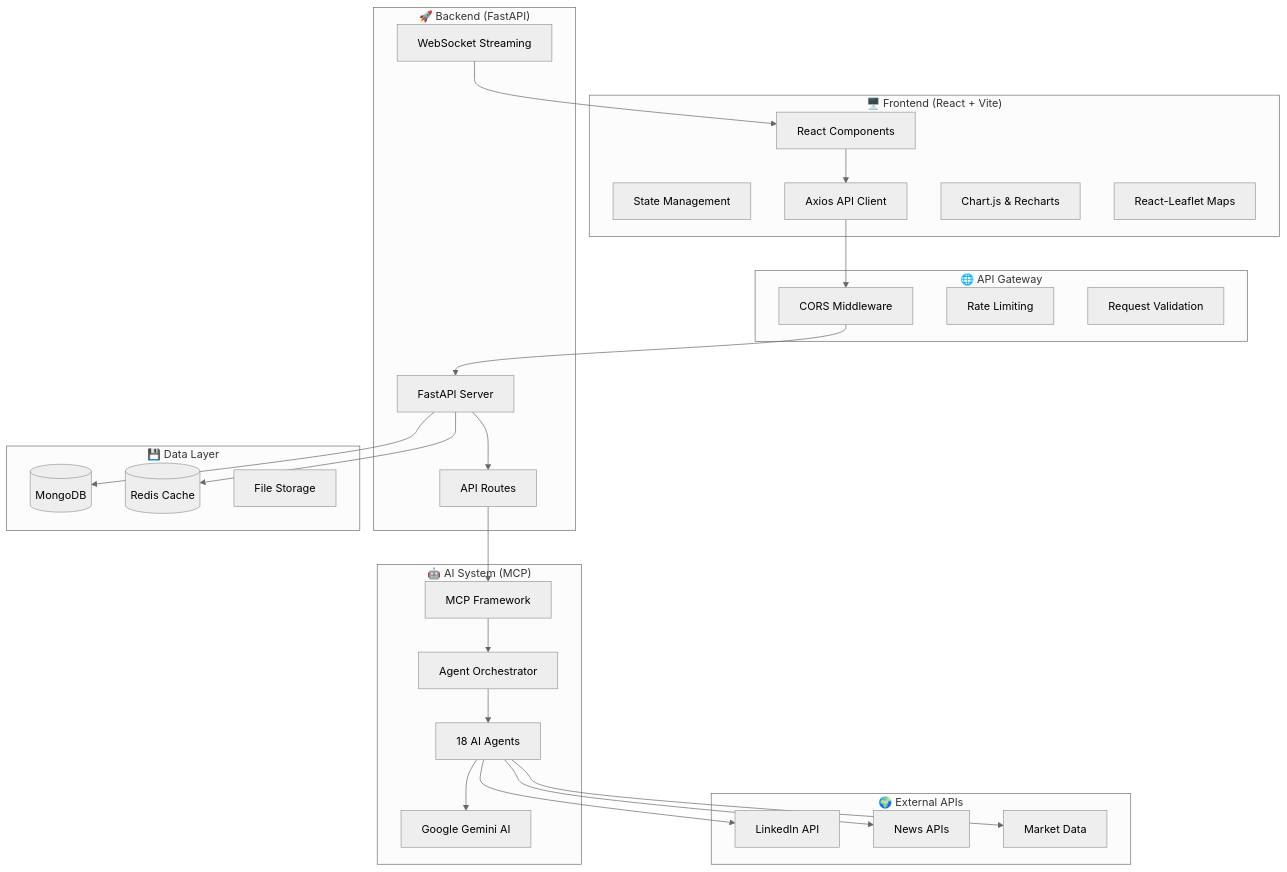
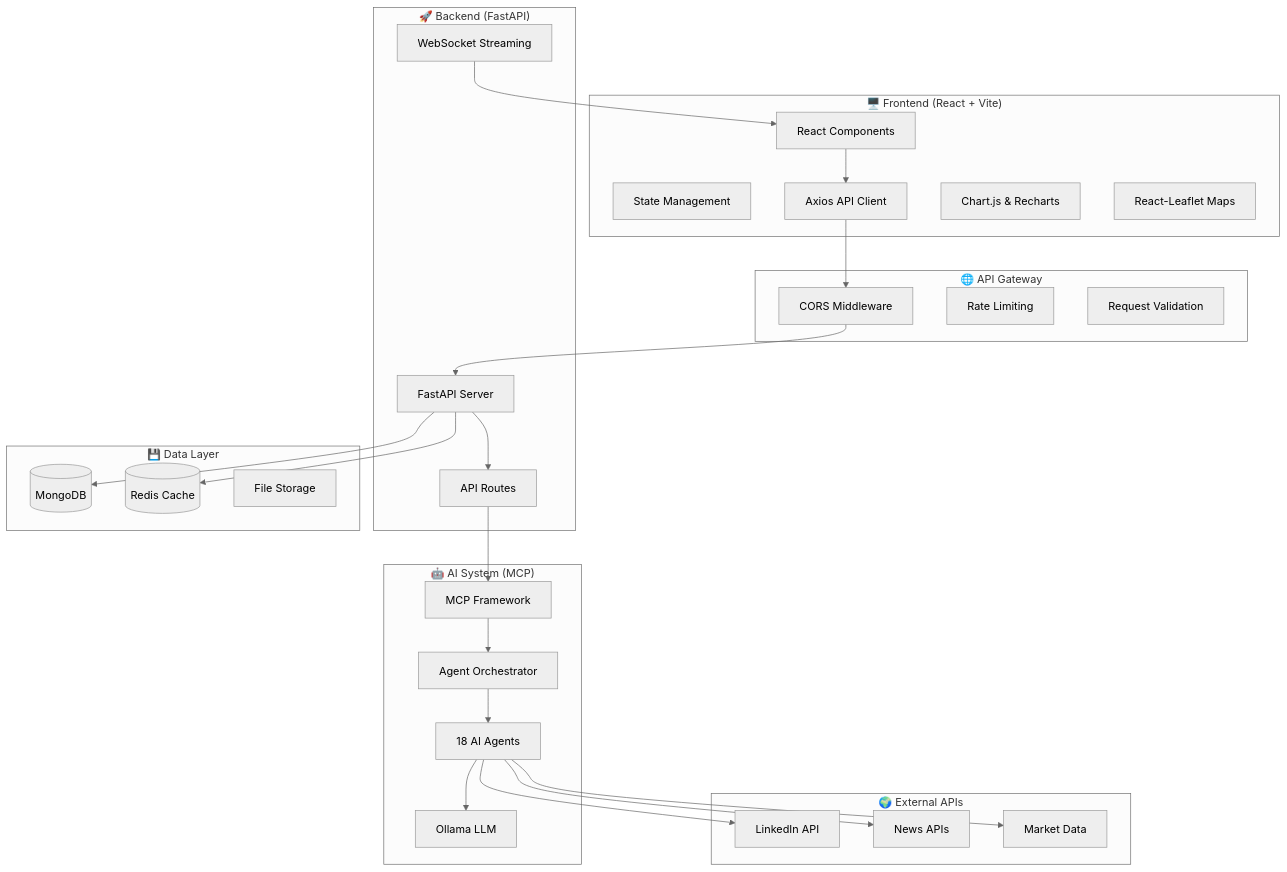
One commit to ChamsFares/Opportunity_Detetion_AI_platform changed the first of 10 diagrams in ARCHITECTURE.md. Above: the diagram before and after it, drawn with Mermaid (neutral theme). The commit also changed other lines of this file and 2 other files, not shown here.

````diff
--- a/ARCHITECTURE.md
+++ b/ARCHITECTURE.md
@@ -30,56 +30,56 @@
 ```mermaid
 graph TB
     subgraph "🖥️ Frontend (React + Vite)"
         UI[React Components]
         STATE[State Management]
         API_CLIENT[Axios API Client]
         CHARTS[Chart.js & Recharts]
         MAPS[React-Leaflet Maps]
     end
     
     subgraph "🌐 API Gateway"
         CORS[CORS Middleware]
         RATE[Rate Limiting]
         VALIDATOR[Request Validation]
     end
     
     subgraph "🚀 Backend (FastAPI)"
         FASTAPI[FastAPI Server]
         ROUTES[API Routes]
         STREAMING[WebSocket Streaming]
     end
     
     subgraph "🤖 AI System (MCP)"
         MCP[MCP Framework]
         ORCHESTRATOR[Agent Orchestrator]
         AGENTS[18 AI Agents]
-        GEMINI[Google Gemini AI]
+        OLLAMA[Ollama LLM]
     end
     
     subgraph "💾 Data Layer"
         MONGO[(MongoDB)]
         REDIS[(Redis Cache)]
         FILES[File Storage]
     end
     
     subgraph "🌍 External APIs"
         LINKEDIN[LinkedIn API]
         NEWS[News APIs]
         MARKET[Market Data]
     end
     
     UI --> API_CLIENT
     API_CLIENT --> CORS
     CORS --> FASTAPI
     FASTAPI --> ROUTES
     ROUTES --> MCP
     MCP --> ORCHESTRATOR
     ORCHESTRATOR --> AGENTS
-    AGENTS --> GEMINI
+    AGENTS --> OLLAMA
     AGENTS --> LINKEDIN
     AGENTS --> NEWS
     AGENTS --> MARKET
     FASTAPI --> MONGO
     FASTAPI --> REDIS
     STREAMING --> UI
 ```
````
